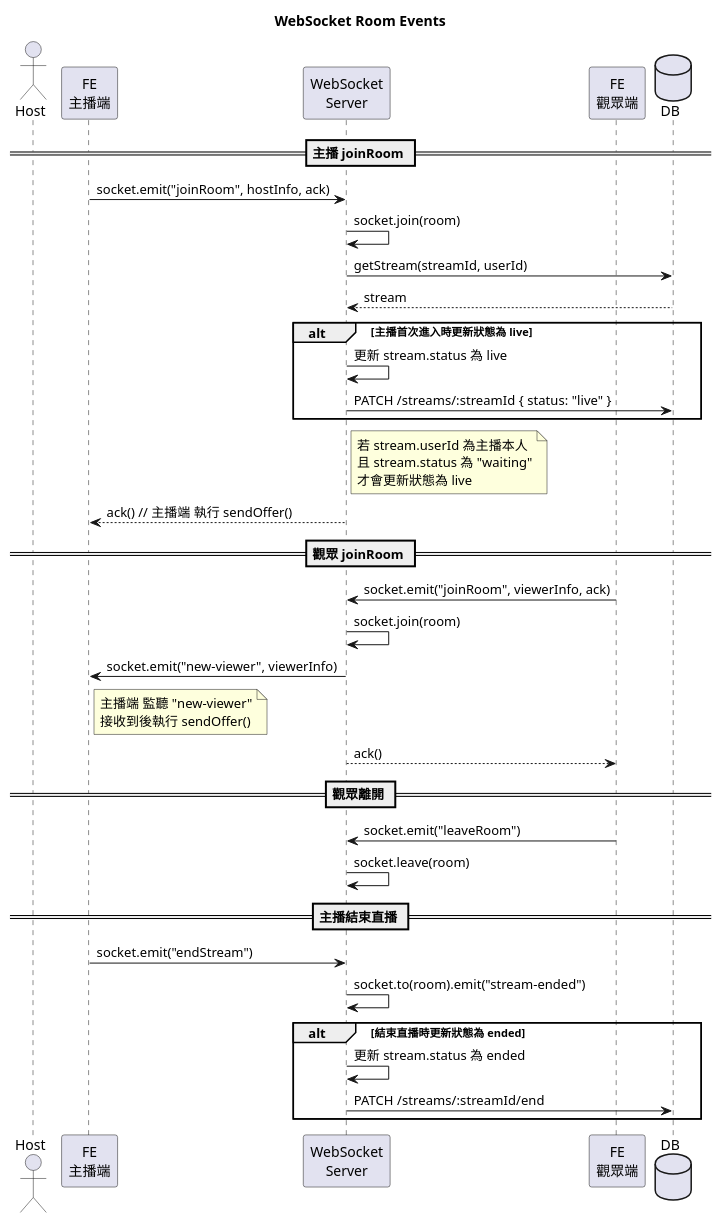
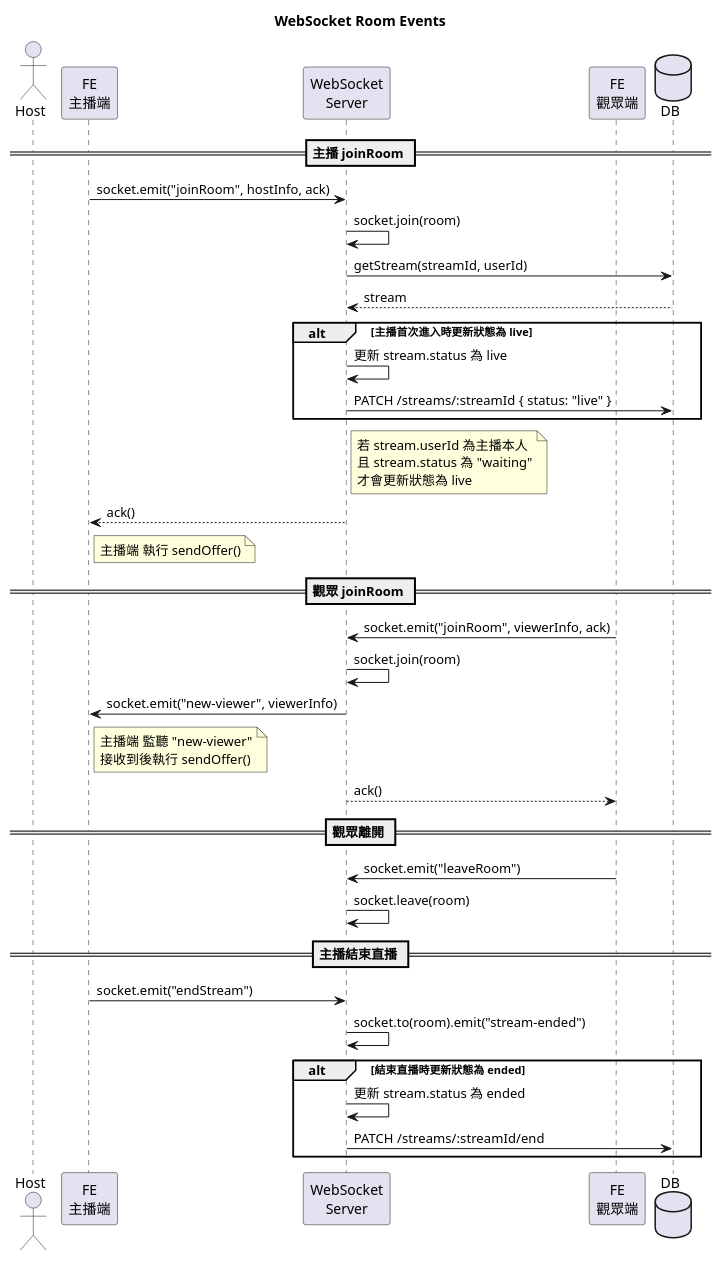
One commit to ALICE-YEN/glow-live-fe changed the diagram in websocket-room-events.puml. Above: the diagram before and after it, drawn with PlantUML. The commit also changed 4 other files, not shown here.

Commit message:
feat: websocket-chat-flow.puml + ChatMessage + chats isInitialChatsSuccess + socket.on newMessage + socket.emit sendMessage

```diff
--- a/websocket-room-events.puml
+++ b/websocket-room-events.puml
@@ -1,46 +1,47 @@
 @startuml websocket-room-events
 
 title WebSocket Room Events
 
 actor Host
 participant "FE\n主播端" as FE_H
 participant "WebSocket\nServer" as WS
 participant "FE\n觀眾端" as FE_V
 database DB
 
 == 主播 joinRoom ==
 FE_H -> WS: socket.emit("joinRoom", hostInfo, ack)
 WS -> WS: socket.join(room)
 WS -> DB: getStream(streamId, userId)
 DB --> WS: stream
 alt 主播首次進入時更新狀態為 live
   WS -> WS: 更新 stream.status 為 live
   WS -> DB: PATCH /streams/:streamId { status: "live" }
 end
 note right of WS
 若 stream.userId 為主播本人
 且 stream.status 為 "waiting"
 才會更新狀態為 live
 end note
-WS --> FE_H: ack() // 主播端 執行 sendOffer()
+WS --> FE_H: ack()
+note right of FE_H: 主播端 執行 sendOffer()
 
 == 觀眾 joinRoom ==
 FE_V -> WS: socket.emit("joinRoom", viewerInfo, ack)
 WS -> WS: socket.join(room)
 WS -> FE_H: socket.emit("new-viewer", viewerInfo)
 note right of FE_H: 主播端 監聽 "new-viewer"\n接收到後執行 sendOffer()
 WS --> FE_V: ack()
 
 == 觀眾離開 ==
 FE_V -> WS: socket.emit("leaveRoom")
 WS -> WS: socket.leave(room)
 
 == 主播結束直播 ==
 FE_H -> WS: socket.emit("endStream")
 WS -> WS: socket.to(room).emit("stream-ended")
 alt 結束直播時更新狀態為 ended
   WS -> WS: 更新 stream.status 為 ended
   WS -> DB: PATCH /streams/:streamId/end
 end
 
 @enduml
```
